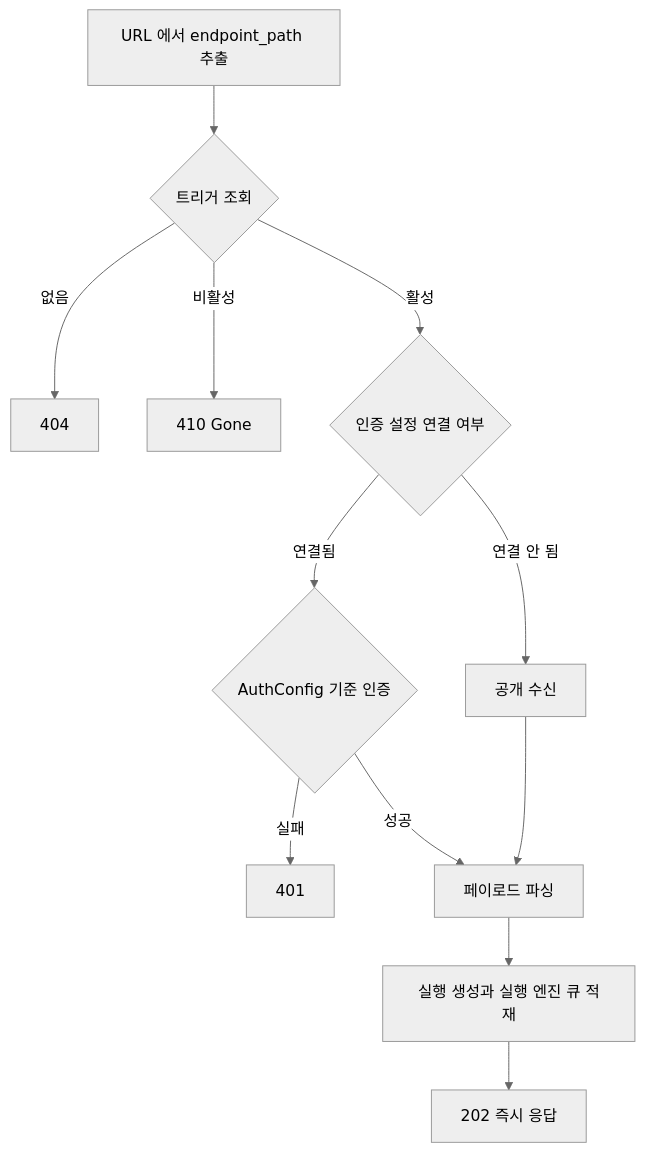
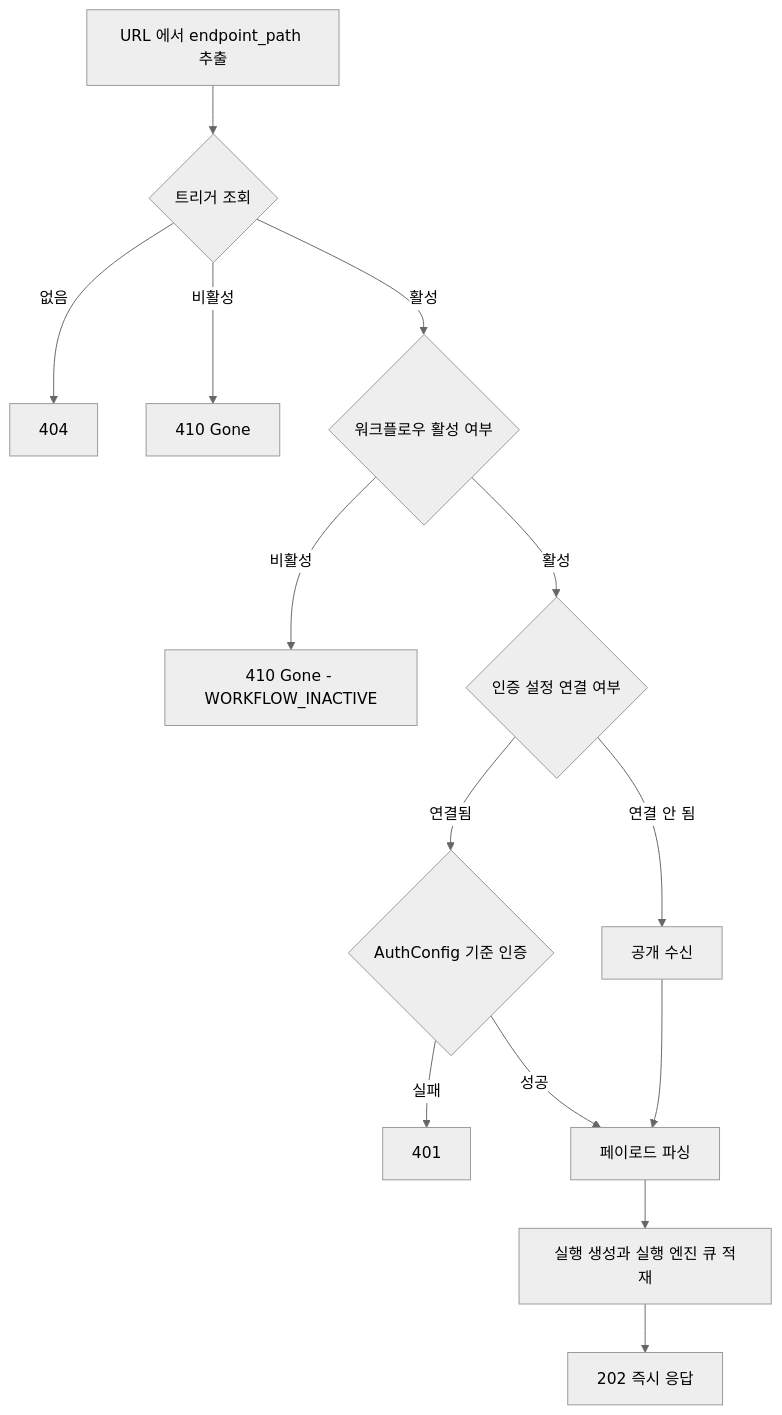
The diagram in spec/CLE-API/CLE-API-CONV.md (worker-ants/clemvion), drawn with Mermaid (neutral theme) before and after one commit. The commit also changed other lines of this file and 36 other files, not shown here.

First line of the commit message:
꺼진 워크플로우는 웹훅 · 채팅 채널 · 스케줄로 실행하지 않고, 실행 중 /start 는 재시작한다 (CLE-T-XRWFMJ, CLE-T-V4WVF2) (#1536)

````diff
--- a/spec/CLE-API/CLE-API-CONV.md
+++ b/spec/CLE-API/CLE-API-CONV.md
@@ -385,14 +385,16 @@
 ```mermaid
 flowchart TD
   A[URL 에서 endpoint_path 추출] --> B{트리거 조회}
   B -- 없음 --> B1[404]
   B -- 비활성 --> B2[410 Gone]
-  B -- 활성 --> C{인증 설정 연결 여부}
+  B -- 활성 --> W{워크플로우 활성 여부}
+  W -- 비활성 --> W2[410 Gone - WORKFLOW_INACTIVE]
+  W -- 활성 --> C{인증 설정 연결 여부}
   C -- 연결 안 됨 --> E[공개 수신]
   C -- 연결됨 --> D{AuthConfig 기준 인증}
   D -- 실패 --> D1[401]
   D -- 성공 --> F[페이로드 파싱]
   E --> F
   F --> G[실행 생성과 실행 엔진 큐 적재]
   G --> H[202 즉시 응답]
 ```
````
